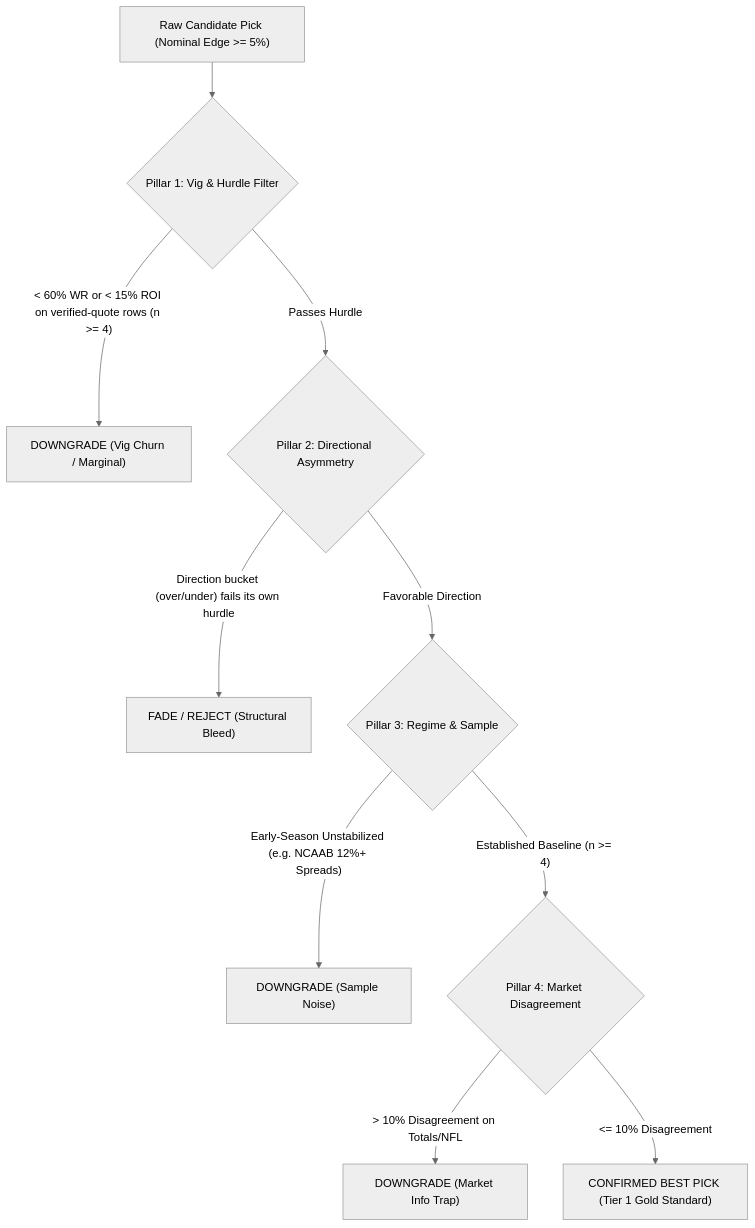
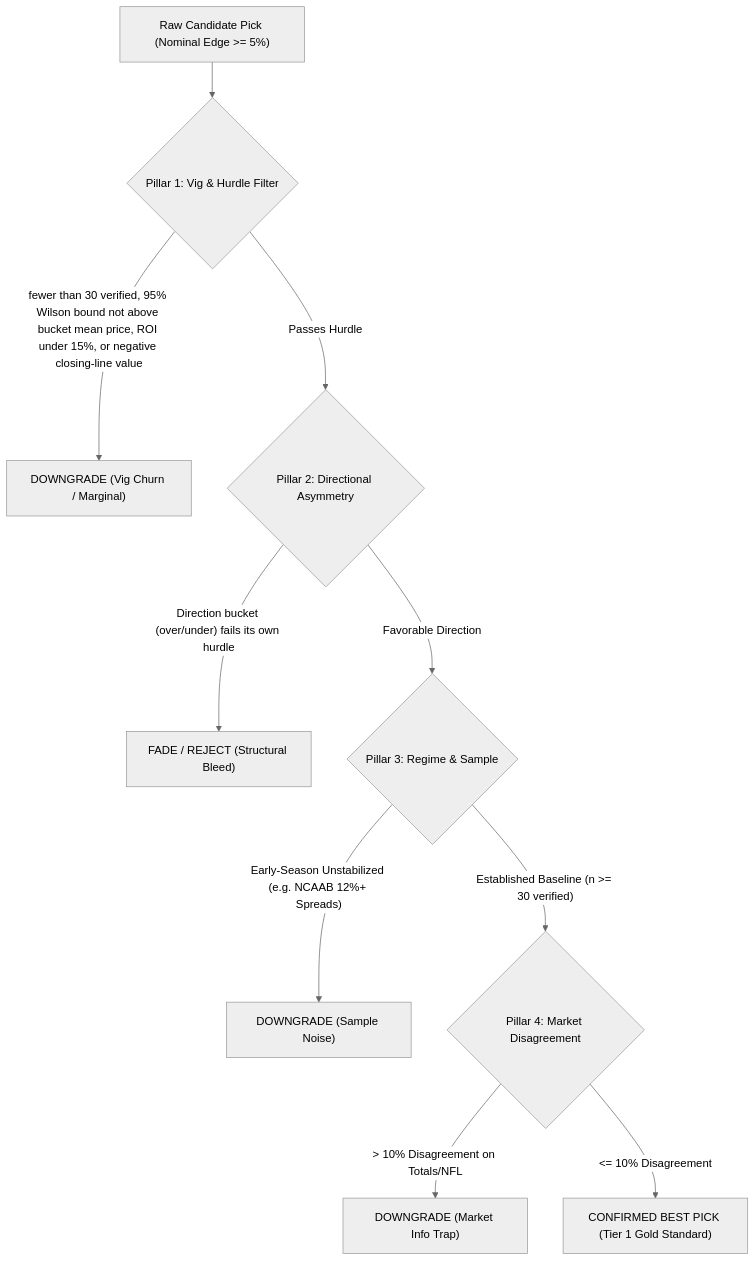
One commit to Vc9002/model-prediction changed the diagram in docs/BEST_PICKS_AUDIT_FRAMEWORK.md. Above: the diagram before and after it, drawn with Mermaid (neutral theme). The commit also changed other lines of this file and 1 other file, not shown here.

````diff
--- a/docs/BEST_PICKS_AUDIT_FRAMEWORK.md
+++ b/docs/BEST_PICKS_AUDIT_FRAMEWORK.md
@@ -33,12 +33,12 @@
 ```mermaid
 flowchart TD
     A["Raw Candidate Pick (Nominal Edge >= 5%)"] --> B{"Pillar 1: Vig & Hurdle Filter"}
-    B -- "< 60% WR or < 15% ROI on verified-quote rows (n >= 4)" --> X["DOWNGRADE (Vig Churn / Marginal)"]
+    B -- "fewer than 30 verified, 95% Wilson bound not above bucket mean price, ROI under 15%, or negative closing-line value" --> X["DOWNGRADE (Vig Churn / Marginal)"]
     B -- "Passes Hurdle" --> C{"Pillar 2: Directional Asymmetry"}
     C -- "Direction bucket (over/under) fails its own hurdle" --> Y["FADE / REJECT (Structural Bleed)"]
     C -- "Favorable Direction" --> D{"Pillar 3: Regime & Sample"}
     D -- "Early-Season Unstabilized (e.g. NCAAB 12%+ Spreads)" --> Z["DOWNGRADE (Sample Noise)"]
-    D -- "Established Baseline (n >= 4)" --> E{"Pillar 4: Market Disagreement"}
+    D -- "Established Baseline (n >= 30 verified)" --> E{"Pillar 4: Market Disagreement"}
     E -- "> 10% Disagreement on Totals/NFL" --> W["DOWNGRADE (Market Info Trap)"]
     E -- "<= 10% Disagreement" --> F["CONFIRMED BEST PICK (Tier 1 Gold Standard)"]
 ```
````
